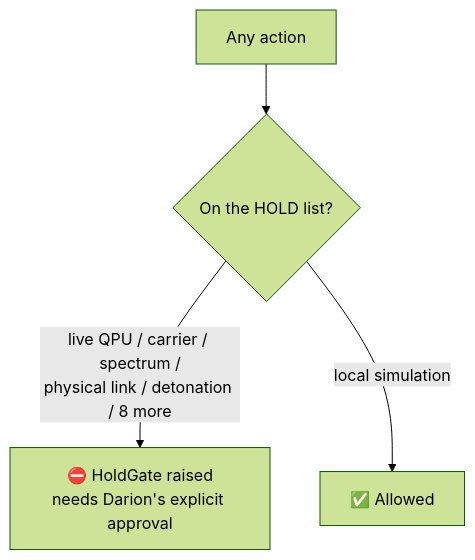
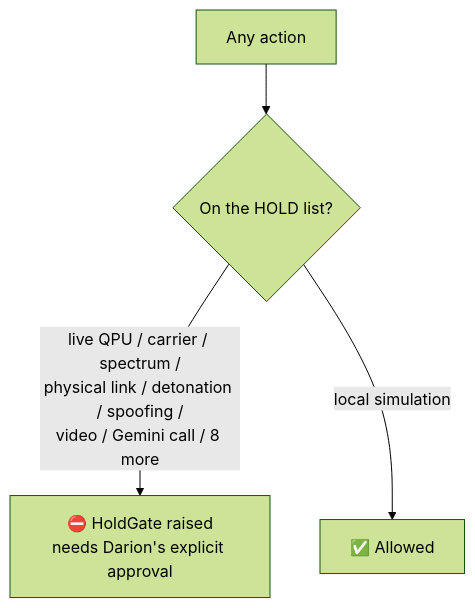
Before and after one commit to kimanicollier44-cmyk/Q6G-1TB: diagram 13 of 15 in README.md, drawn with Mermaid (forest theme). The commit also changed other lines of this file and 9 other files, not shown here.

Commit message:
Q6G-1TB v1.2.0: merge DI-MIXER + topology + Google Flow + Gemini Carbon 4 / Muse full seats - gates 16, pytest 21, CHECKS 24/24

````diff
--- a/README.md
+++ b/README.md
@@ -370,6 +436,6 @@
 ```mermaid
 flowchart TD
     A[Any action] --> B{On the HOLD list?}
-    B -->|live QPU / carrier / spectrum /<br/>physical link / detonation / 8 more| C[⛔ HoldGate raised<br/>needs Darion's explicit approval]
+    B -->|live QPU / carrier / spectrum /<br/>physical link / detonation / spoofing /<br/>video / Gemini call / 8 more| C[⛔ HoldGate raised<br/>needs Darion's explicit approval]
     B -->|local simulation| D[✅ Allowed]
 ```
````
